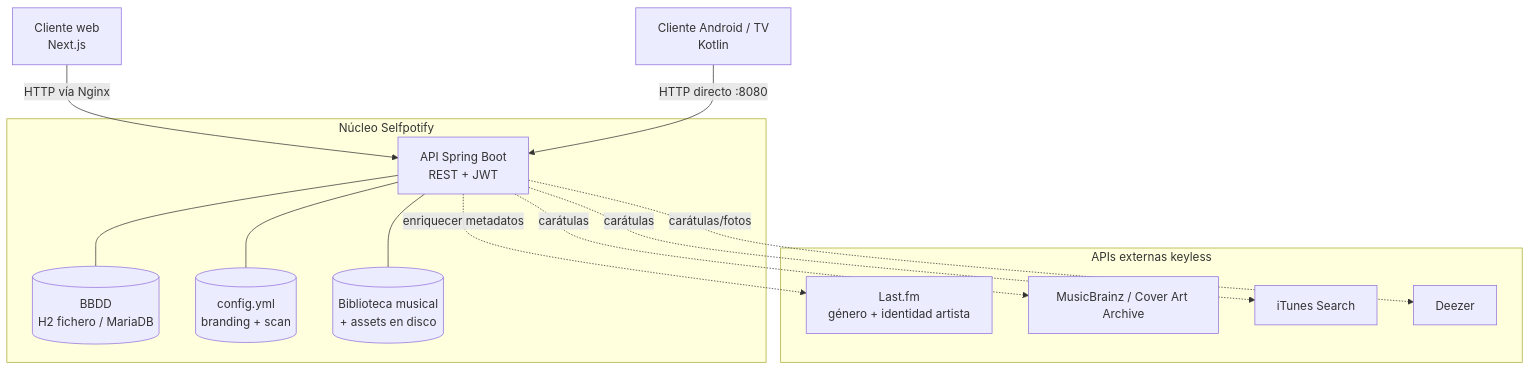
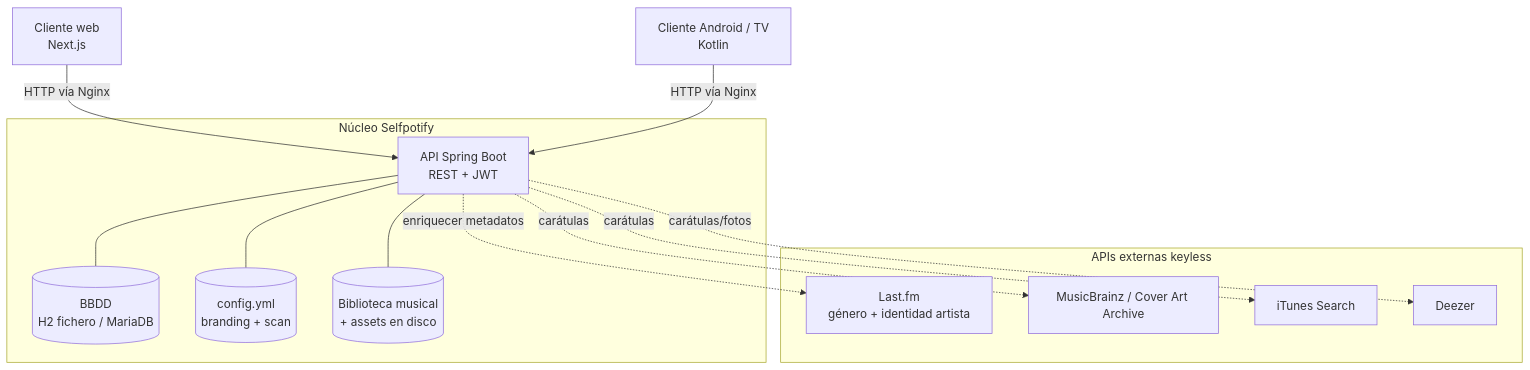
Before and after one commit to conguchu/selfpotify: the first of 42 diagrams in README.md, drawn with Mermaid. The commit also changed other lines of this file and 4 other files, not shown here.

Commit message:
refactor: enrutar el cliente Android por nginx (:80) y dejar de exponer la API al host

````diff
--- a/README.md
+++ b/README.md
@@ -78,29 +78,29 @@
 ```mermaid
 flowchart TD
     Web[Cliente web<br/>Next.js]
     Android[Cliente Android / TV<br/>Kotlin]
 
     subgraph Core[Núcleo Selfpotify]
         API[API Spring Boot<br/>REST + JWT]
         DB[(BBDD<br/>H2 fichero / MariaDB)]
         YAML[(config.yml<br/>branding + scan)]
         FS[(Biblioteca musical<br/>+ assets en disco)]
     end
 
     subgraph Ext[APIs externas keyless]
         LF[Last.fm<br/>género + identidad artista]
         MB[MusicBrainz / Cover Art Archive]
         IT[iTunes Search]
         DZ[Deezer]
     end
 
     Web -->|HTTP vía Nginx| API
-    Android -->|HTTP directo :8080| API
+    Android -->|HTTP vía Nginx| API
     API --- DB
     API --- YAML
     API --- FS
     API -.enriquecer metadatos.-> LF
     API -.carátulas.-> MB
     API -.carátulas.-> IT
     API -.carátulas/fotos.-> DZ
 ```
````
